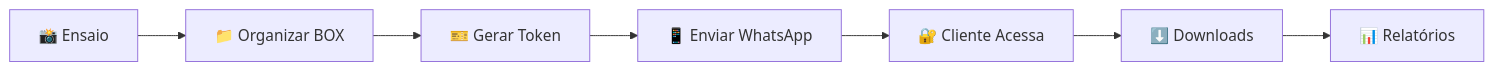
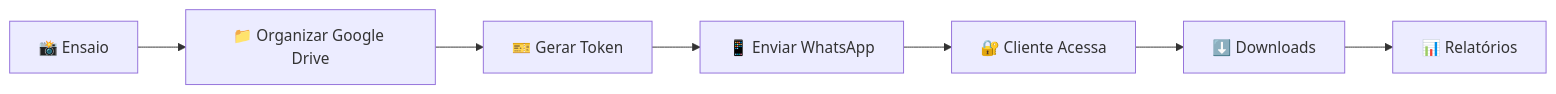
The diagram in readme.md (GabrieLima-dev/Lima_Retratos), drawn with Mermaid before and after one commit. The commit also changed other lines of this file and 7 other files, not shown here.

````diff
--- a/readme.md
+++ b/readme.md
@@ -286,9 +291,9 @@
 ```mermaid
 graph LR
-    A[📸 Ensaio] --> B[📁 Organizar BOX]
+    A[📸 Ensaio] --> B[📁 Organizar Google Drive]
     B --> C[🎫 Gerar Token] 
     C --> D[📱 Enviar WhatsApp]
     D --> E[🔐 Cliente Acessa]
     E --> F[⬇️ Downloads]
     F --> G[📊 Relatórios]
 ```
````
